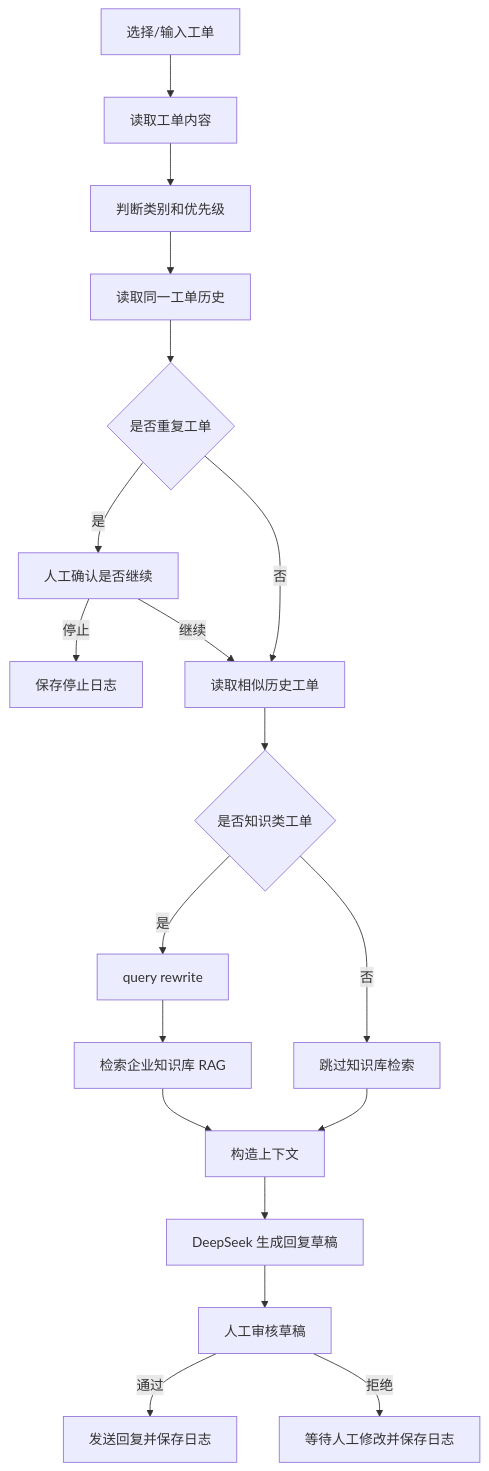
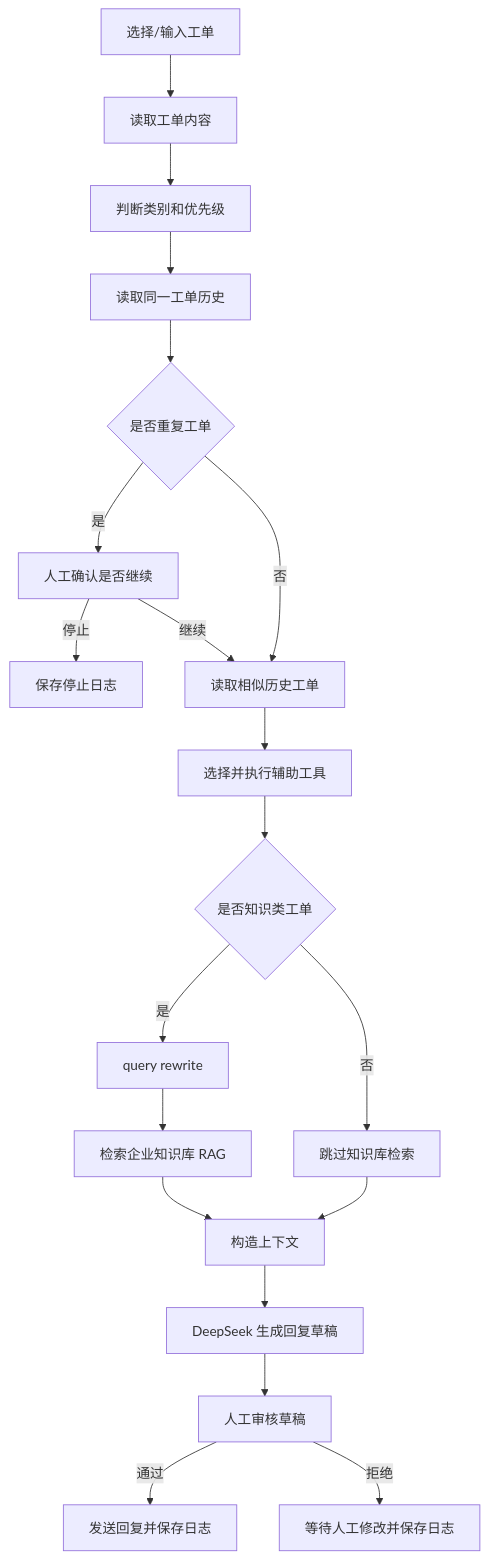
One commit to yaohe-pro/ticket-agent-assistant changed the diagram in README.md. Above: the diagram before and after it, drawn with Mermaid. The commit also changed other lines of this file and 19 other files, not shown here.

````diff
--- a/README.md
+++ b/README.md
@@ -170,21 +185,22 @@
 ```mermaid
 flowchart TD
     A["选择/输入工单"] --> B["读取工单内容"]
     B --> C["判断类别和优先级"]
     C --> D["读取同一工单历史"]
     D --> E{"是否重复工单"}
     E -->|是| F["人工确认是否继续"]
     F -->|停止| G["保存停止日志"]
     F -->|继续| H["读取相似历史工单"]
     E -->|否| H
-    H --> I{"是否知识类工单"}
+    H --> R["选择并执行辅助工具"]
+    R --> I{"是否知识类工单"}
     I -->|是| J["query rewrite"]
     J --> K["检索企业知识库 RAG"]
     I -->|否| L["跳过知识库检索"]
     K --> M["构造上下文"]
     L --> M
     M --> N["DeepSeek 生成回复草稿"]
     N --> O["人工审核草稿"]
     O -->|通过| P["发送回复并保存日志"]
     O -->|拒绝| Q["等待人工修改并保存日志"]
 ```
````
